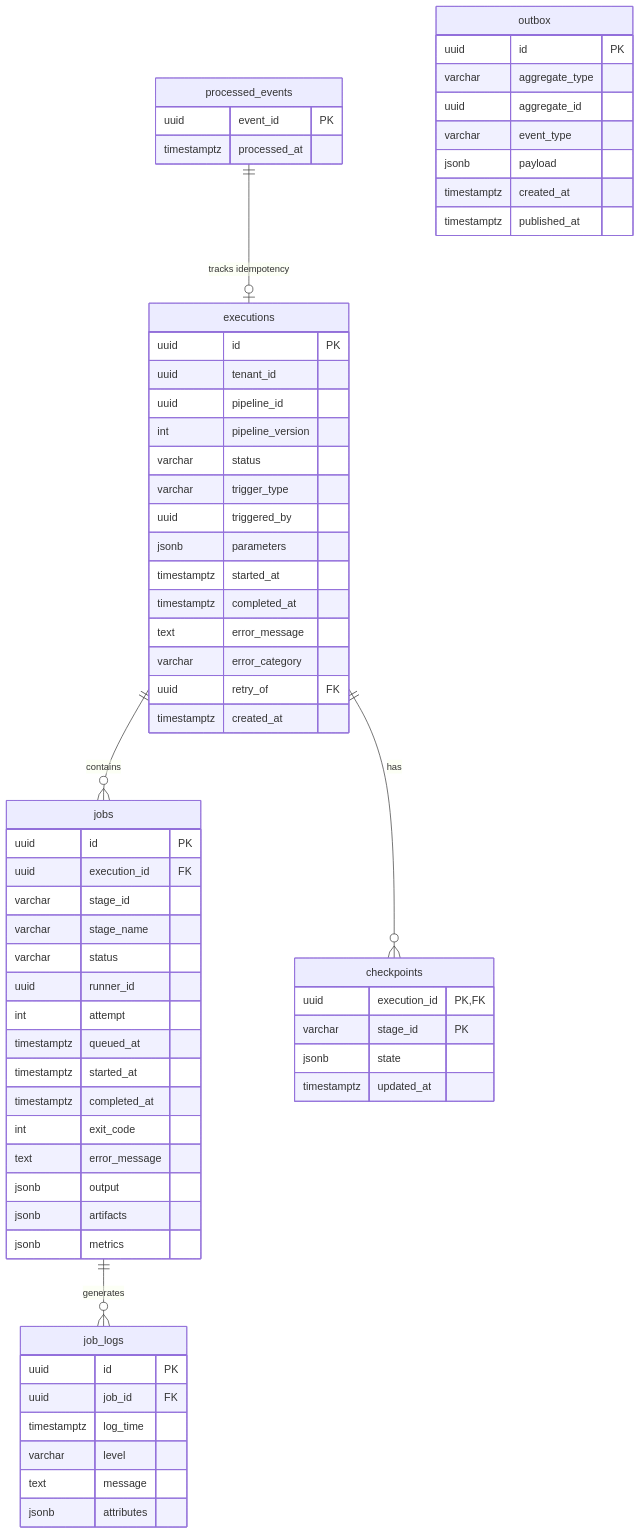
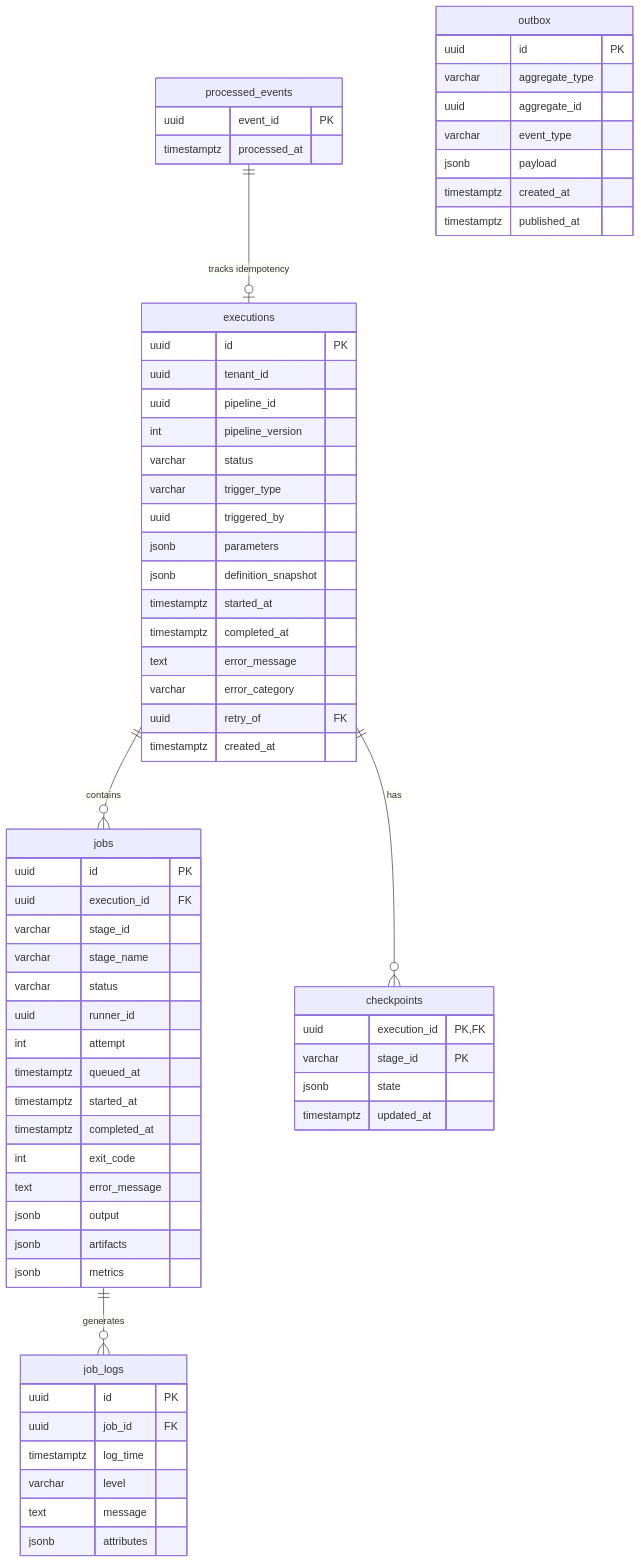
The fourth of 9 diagrams in docs/lld/02-database-erd.md (Abhishekkumar2021/Pravah), drawn with Mermaid before and after one commit. The commit also changed other lines of this file and 2 other files, not shown here.

Commit message:
docs(execution-service): align LLD with definition_snapshot
- Document executions.definition_snapshot in ERD and execution class sketch
- Declare pravah.job.max-attempts in application.yml (matches JobCreatedProcessingService)

Refs: US-02.01

````diff
--- a/docs/lld/02-database-erd.md
+++ b/docs/lld/02-database-erd.md
@@ -665,73 +665,74 @@
 ```mermaid
 erDiagram
     executions ||--o{ jobs : contains
     executions ||--o{ checkpoints : has
     jobs ||--o{ job_logs : generates
     processed_events ||--o| executions : "tracks idempotency"
 
     executions {
         uuid id PK
         uuid tenant_id
         uuid pipeline_id
         int pipeline_version
         varchar status
         varchar trigger_type
         uuid triggered_by
         jsonb parameters
+        jsonb definition_snapshot
         timestamptz started_at
         timestamptz completed_at
         text error_message
         varchar error_category
         uuid retry_of FK
         timestamptz created_at
     }
     
     jobs {
         uuid id PK
         uuid execution_id FK
         varchar stage_id
         varchar stage_name
         varchar status
         uuid runner_id
         int attempt
         timestamptz queued_at
         timestamptz started_at
         timestamptz completed_at
         int exit_code
         text error_message
         jsonb output
         jsonb artifacts
         jsonb metrics
     }
     
     job_logs {
         uuid id PK
         uuid job_id FK
         timestamptz log_time
         varchar level
         text message
         jsonb attributes
     }
     
     checkpoints {
         uuid execution_id PK,FK
         varchar stage_id PK
         jsonb state
         timestamptz updated_at
     }
     
     processed_events {
         uuid event_id PK
         timestamptz processed_at
     }
     
     outbox {
         uuid id PK
         varchar aggregate_type
         uuid aggregate_id
         varchar event_type
         jsonb payload
         timestamptz created_at
         timestamptz published_at
     }
 ```
````
